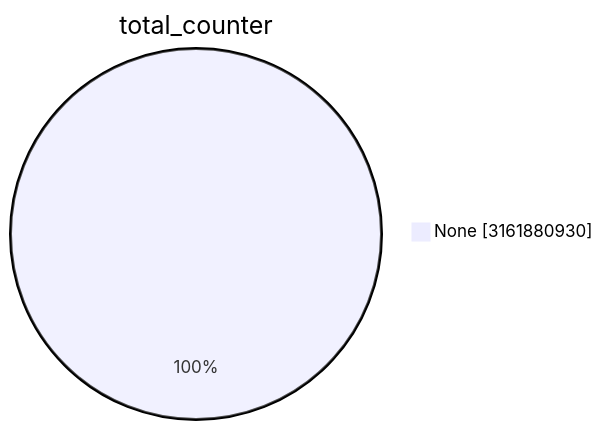
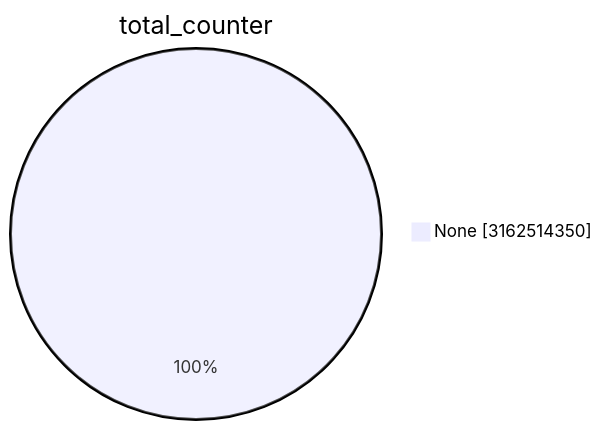
One commit to christiankrug/ctmonitor_visualization changed the first of 15 diagrams in TOTAL/README.md. Above: the diagram before and after it, drawn with Mermaid. The commit also changed other lines of this file, not shown here.

````diff
--- a/TOTAL/README.md
+++ b/TOTAL/README.md
@@ -1,5 +1,5 @@
 ```mermaid
 pie showData
 title total_counter
-"None" :3161880930
+"None" :3162514350
 ```
````
